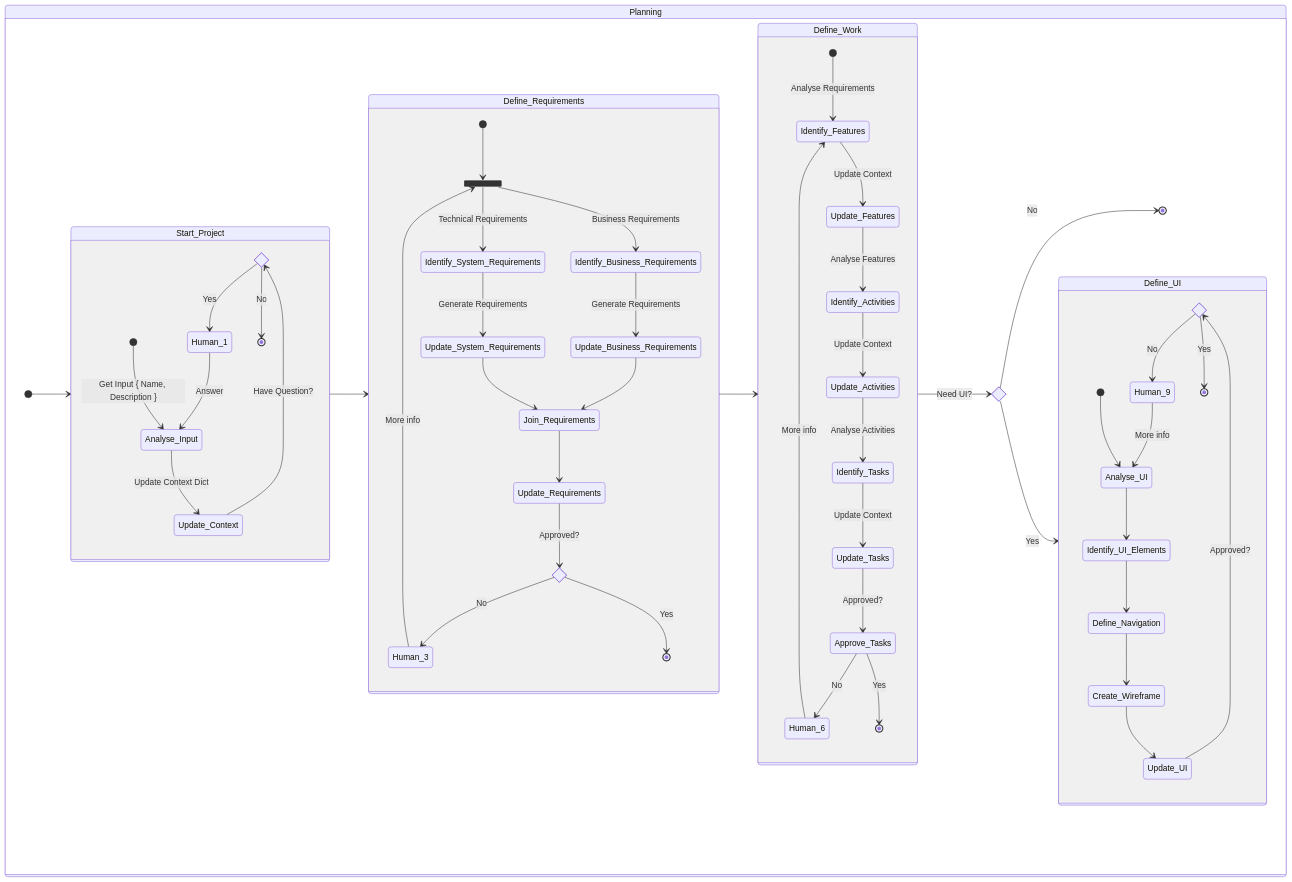
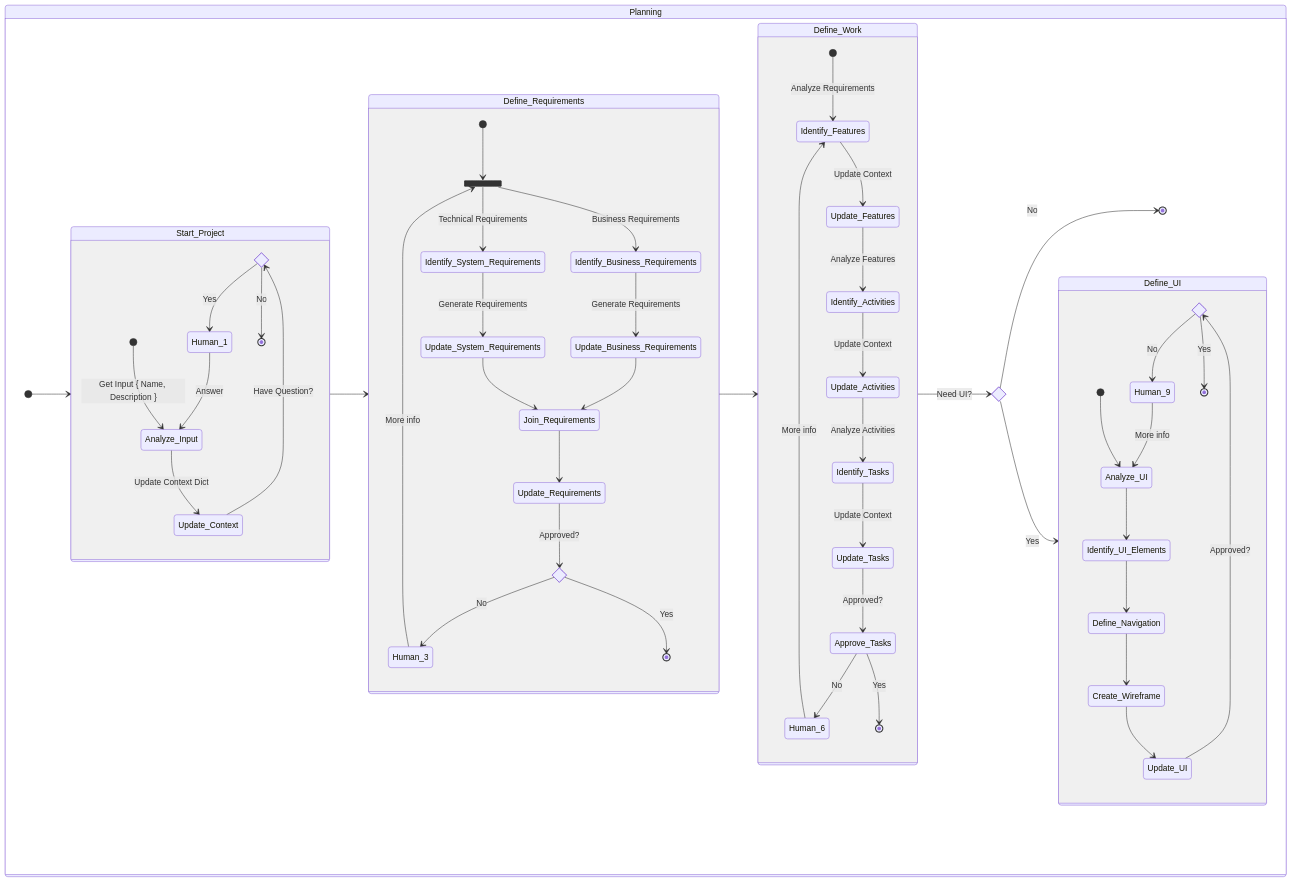
One commit to AndreVianna/CodingCrew changed the diagram in docs/proposed_workflow.mmd. Above: the diagram before and after it, drawn with Mermaid. The commit also changed 24 other files, not shown here.

```diff
--- a/docs/proposed_workflow.mmd
+++ b/docs/proposed_workflow.mmd
@@ -1,62 +1,62 @@
 %% @config(mermaid.json)
 stateDiagram-v2
     state Planning {
         direction LR
         [*] --> Start_Project
         state Start_Project {
             state Have_Questions <<choice>>
-            [*] --> Analyse_Input: Get Input { Name, Description }
-            Analyse_Input --> Update_Context: Update Context Dict
+            [*] --> Analyze_Input: Get Input { Name, Description }
+            Analyze_Input --> Update_Context: Update Context Dict
             Update_Context --> Have_Questions: Have Question?
             Have_Questions --> Human_1: Yes
             Have_Questions --> [*]: No
-            Human_1 --> Analyse_Input: Answer
+            Human_1 --> Analyze_Input: Answer
         }
         Start_Project --> Define_Requirements
         state Define_Requirements {
             state Requirement_Types <<fork>>
             [*] --> Requirement_Types
             Requirement_Types --> Identify_Business_Requirements: Business Requirements
             Requirement_Types --> Identify_System_Requirements: Technical Requirements
             Identify_Business_Requirements --> Update_Business_Requirements: Generate Requirements
             Identify_System_Requirements --> Update_System_Requirements: Generate Requirements
             Update_Business_Requirements --> Join_Requirements
             Update_System_Requirements --> Join_Requirements
             state Join_Requirements <<join>>
             Join_Requirements --> Update_Requirements
             state Approve_Requirements <<choice>>
             Update_Requirements --> Approve_Requirements: Approved?
             Approve_Requirements --> Human_3: No
             Human_3 --> Requirement_Types: More info
             Approve_Requirements --> [*]: Yes
         }
         Define_Requirements --> Define_Work
         state Define_Work {
-            [*] --> Identify_Features: Analyse Requirements
+            [*] --> Identify_Features: Analyze Requirements
             Identify_Features --> Update_Features: Update Context
-            Update_Features --> Identify_Activities: Analyse Features
+            Update_Features --> Identify_Activities: Analyze Features
             Identify_Activities --> Update_Activities: Update Context
-            Update_Activities --> Identify_Tasks: Analyse Activities
+            Update_Activities --> Identify_Tasks: Analyze Activities
             Identify_Tasks --> Update_Tasks: Update Context
             Update_Tasks --> Approve_Tasks: Approved?
             Approve_Tasks --> Human_6: No
             Human_6 --> Identify_Features: More info
             Approve_Tasks --> [*]: Yes
         }
         state Need_UI <<choice>>
         Define_Work --> Need_UI: Need UI?
         Need_UI --> Define_UI: Yes
         state Define_UI {
             state Approve_UI <<choice>>
-            [*] --> Analyse_UI
-            Analyse_UI --> Identify_UI_Elements
+            [*] --> Analyze_UI
+            Analyze_UI --> Identify_UI_Elements
             Identify_UI_Elements --> Define_Navigation
             Define_Navigation --> Create_Wireframe
             Create_Wireframe --> Update_UI
             Update_UI --> Approve_UI: Approved?
             Approve_UI --> Human_9: No
-            Human_9 --> Analyse_UI: More info
+            Human_9 --> Analyze_UI: More info
             Approve_UI --> [*]: Yes
         }
         Need_UI --> [*]: No
     }
```
